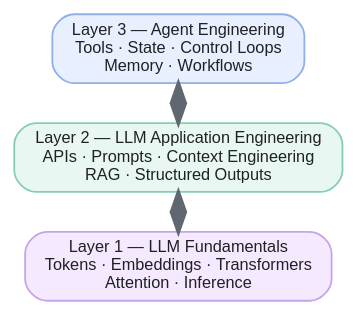
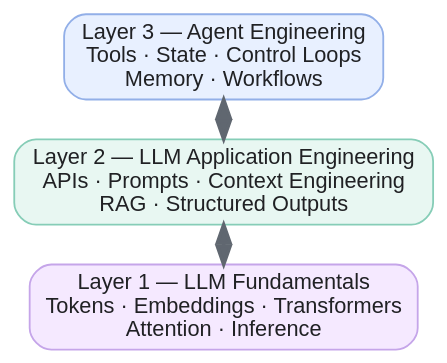
One commit to lngsa1234/my-llm-playground changed the first of 5 diagrams in knowledge_base/week-01-llm-fundamentals/concepts.md. Above: the diagram before and after it, drawn with Graphviz.

Commit message:
Match Week 1 layer diagram font size

````diff
--- a/knowledge_base/week-01-llm-fundamentals/concepts.md
+++ b/knowledge_base/week-01-llm-fundamentals/concepts.md
@@ -28,13 +28,13 @@
 ```graphviz
 // width: 360
 // center
 digraph learning_layers {
   rankdir=BT; bgcolor="transparent"; nodesep=.25; ranksep=.3;
-  node [shape=box style="rounded,filled" fontname="Arial" fontsize=9 fontcolor="#202124" margin=".12,.06"];
+  node [shape=box style="rounded,filled" fontname="Arial" fontsize=12 fontcolor="#202124" margin=".12,.06"];
   fundamentals [label="Layer 1 — LLM Fundamentals\nTokens · Embeddings · Transformers\nAttention · Inference" fillcolor="#F5E9FF" color="#C5A5E9"];
   application [label="Layer 2 — LLM Application Engineering\nAPIs · Prompts · Context Engineering\nRAG · Structured Outputs" fillcolor="#E8F7F2" color="#86CDB7"];
   agents [label="Layer 3 — Agent Engineering\nTools · State · Control Loops\nMemory · Workflows" fillcolor="#E8F0FF" color="#92AFE8"];
   fundamentals -> application [dir=both color="#606770" penwidth=2];
   application -> agents [dir=both color="#606770" penwidth=2];
 }
 ```
````
